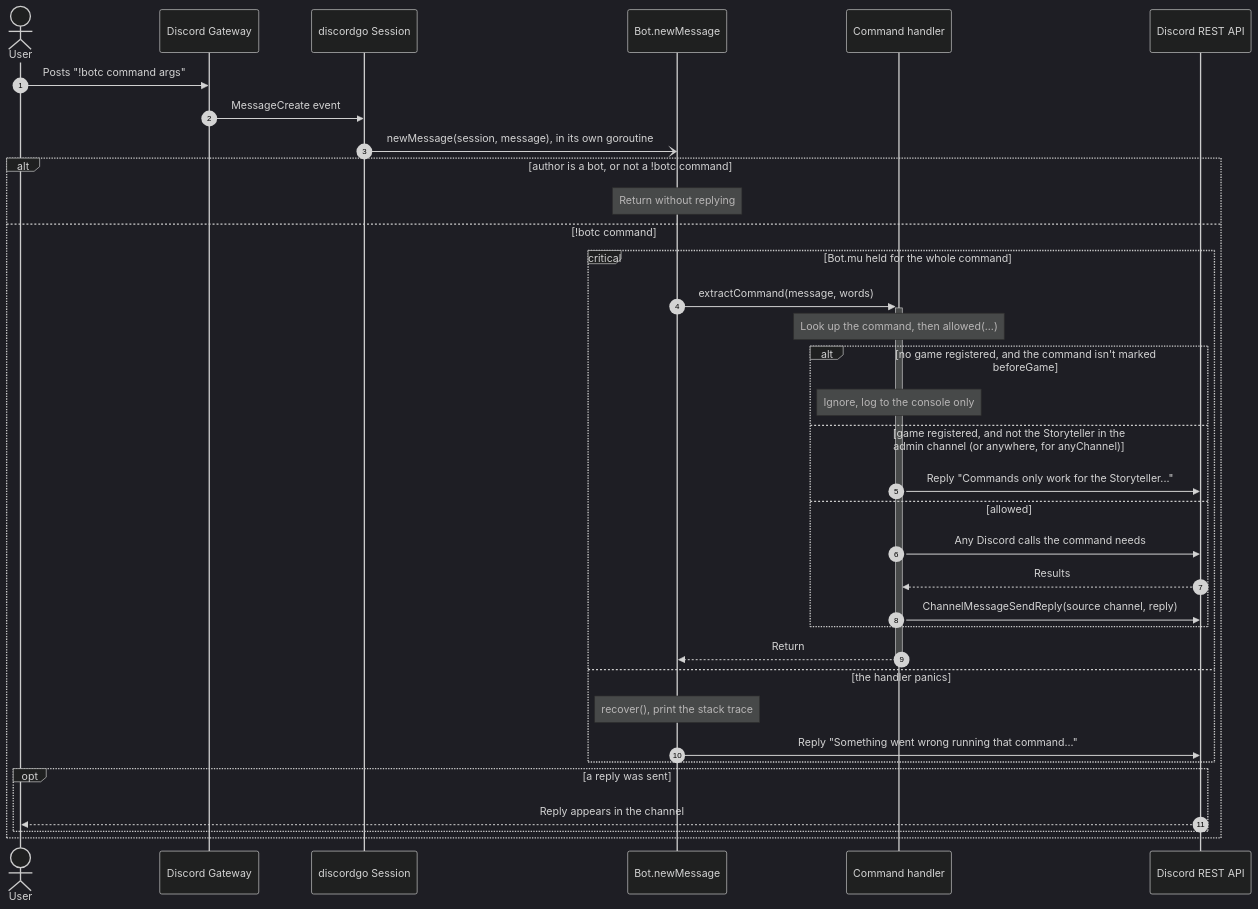
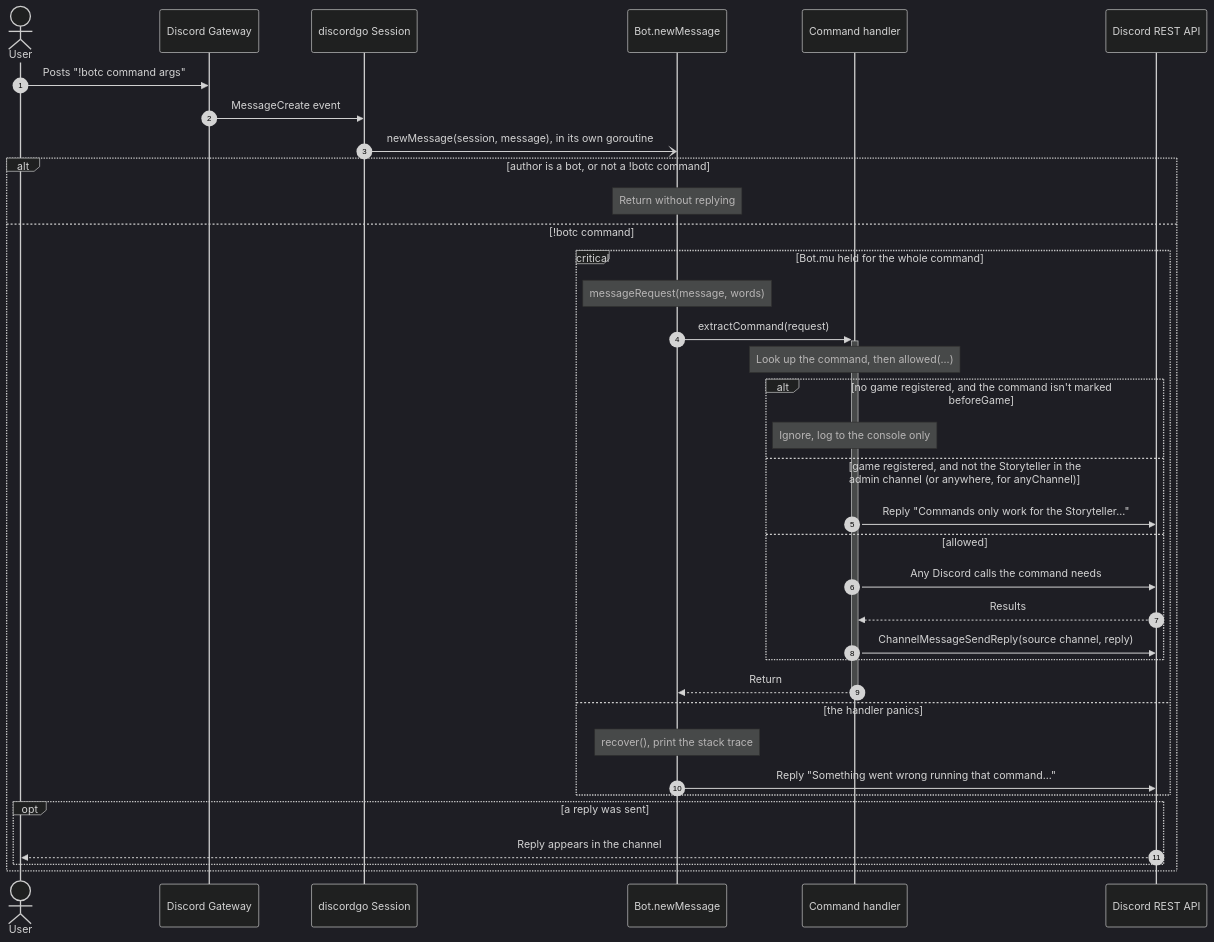
The second of 6 diagrams in docs/uml/command-dispatch.md (RAGNOARAKNOS/BotOnTheClocktower), drawn with Mermaid (dark theme) before and after one commit. The commit also changed other lines of this file and 20 other files, not shown here.

First line of the commit message:
Refactor command handling to use request struct for slash commands

````diff
--- a/docs/uml/command-dispatch.md
+++ b/docs/uml/command-dispatch.md
@@ -51,38 +54,39 @@
 ```mermaid
 sequenceDiagram
     autonumber
     actor User
     participant Gateway as Discord Gateway
     participant Session as discordgo Session
     participant Bot as Bot.newMessage
     participant Handler as Command handler
     participant REST as Discord REST API
 
     User->>Gateway: Posts "!botc command args"
     Gateway->>Session: MessageCreate event
     Session-)Bot: newMessage(session, message), in its own goroutine
     alt author is a bot, or not a !botc command
         Note over Bot: Return without replying
     else !botc command
         critical Bot.mu held for the whole command
-            Bot->>+Handler: extractCommand(message, words)
+            Note over Bot: messageRequest(message, words)
+            Bot->>+Handler: extractCommand(request)
             Note over Handler: Look up the command, then allowed(...)
             alt no game registered, and the command isn't marked beforeGame
                 Note over Handler: Ignore, log to the console only
             else game registered, and not the Storyteller in the admin channel (or anywhere, for anyChannel)
                 Handler->>REST: Reply "Commands only work for the Storyteller..."
             else allowed
                 Handler->>REST: Any Discord calls the command needs
                 REST-->>Handler: Results
                 Handler->>REST: ChannelMessageSendReply(source channel, reply)
             end
             Handler-->>-Bot: Return
         option the handler panics
             Note over Bot: recover(), print the stack trace
             Bot->>REST: Reply "Something went wrong running that command..."
         end
         opt a reply was sent
             REST-->>User: Reply appears in the channel
         end
     end
 ```
````
